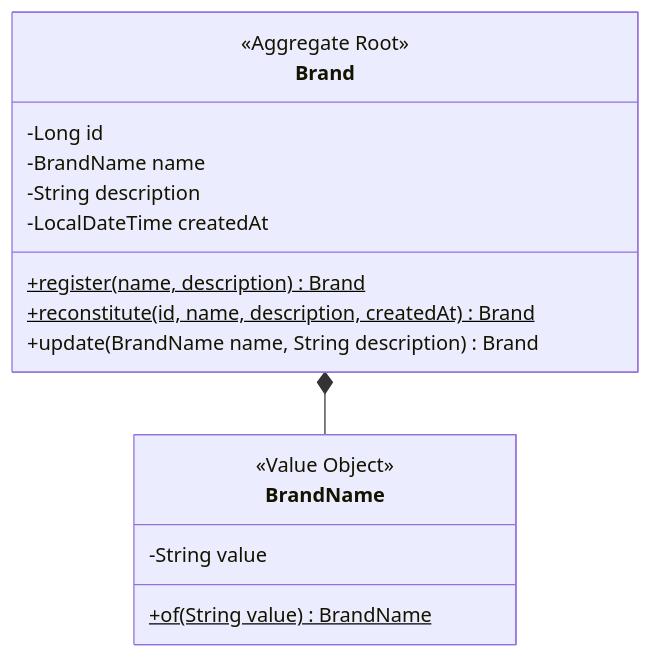
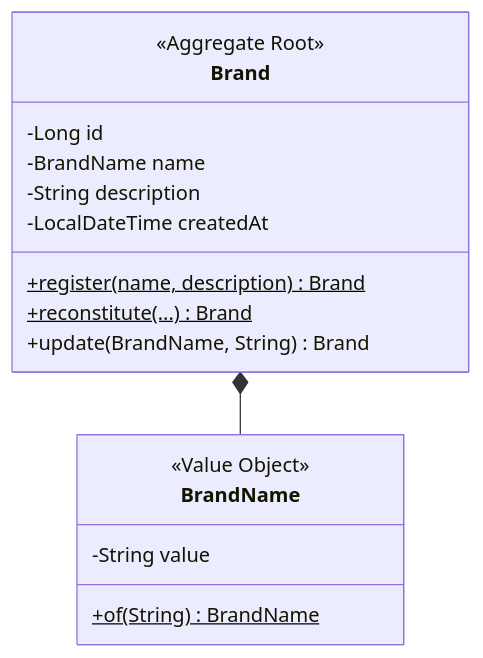
One commit to ukukdin/loop-pack-be-l2-vol3-java changed the fifth of 8 diagrams in .docs/design/03-class-diagram.md. Above: the diagram before and after it, drawn with Mermaid. The commit also changed other lines of this file and 11 other files, not shown here.

````diff
--- a/.docs/design/03-class-diagram.md
+++ b/.docs/design/03-class-diagram.md
@@ -532,21 +290,20 @@
 ```mermaid
 classDiagram
+    Brand *-- BrandName
+
     class Brand {
         <<Aggregate Root>>
         -Long id
         -BrandName name
         -String description
         -LocalDateTime createdAt
         +register(name, description)$ Brand
-        +reconstitute(id, name, description, createdAt)$ Brand
-        +update(BrandName name, String description) Brand
+        +reconstitute(...)$ Brand
+        +update(BrandName, String) Brand
     }
-
     class BrandName {
         <<Value Object>>
         -String value
-        +of(String value)$ BrandName
+        +of(String)$ BrandName
     }
-
-    Brand *-- BrandName
 ```
````
